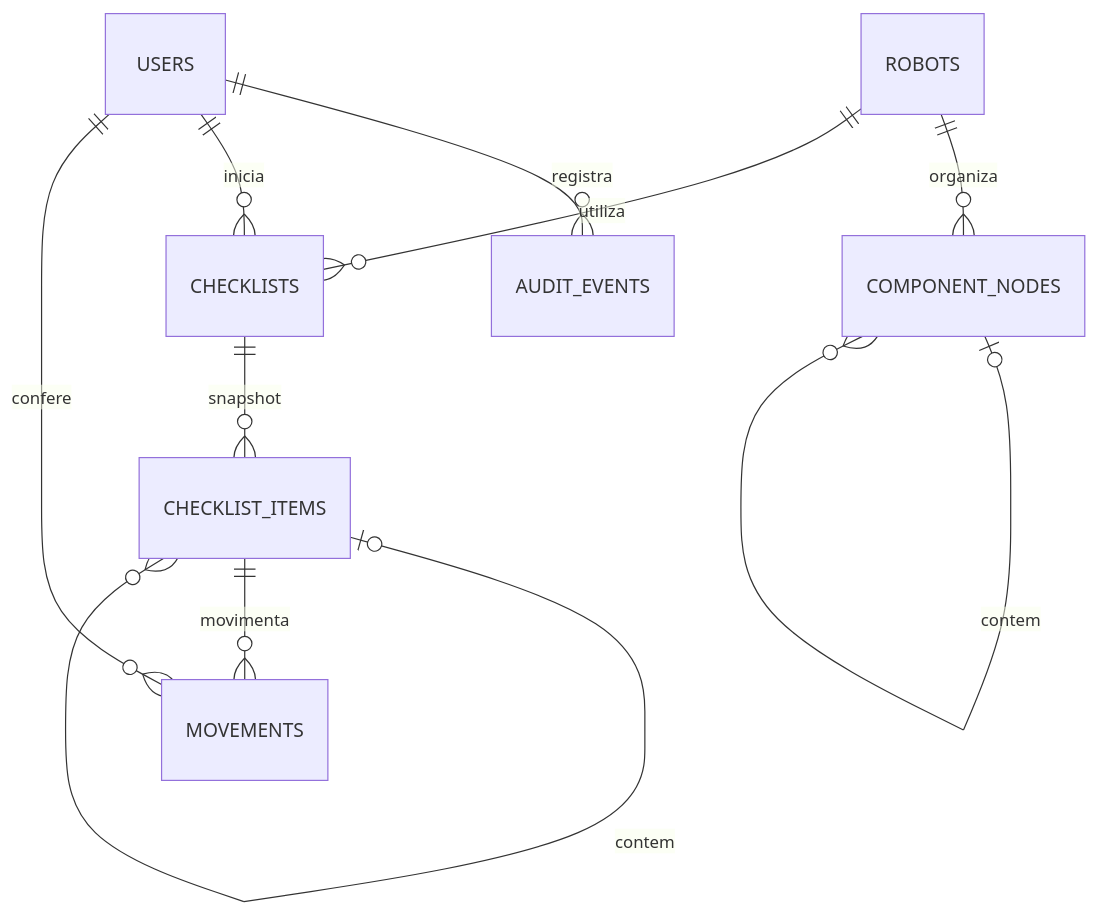
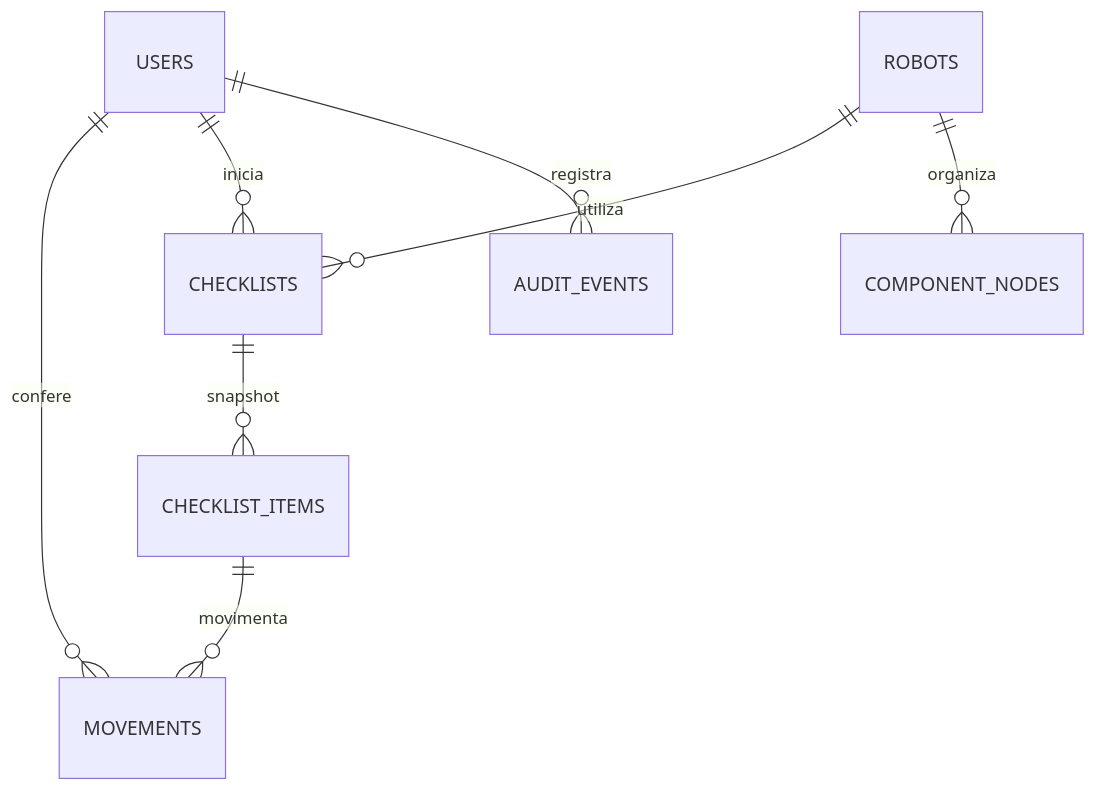
Before and after one commit to fidenciodev/roboparts: the diagram in docs/uso-e-modelo.md, drawn with Mermaid. The commit also changed other lines of this file and 15 other files, not shown here.

````diff
--- a/docs/uso-e-modelo.md
+++ b/docs/uso-e-modelo.md
@@ -65,12 +71,10 @@
 ```mermaid
 erDiagram
     USERS ||--o{ AUDIT_EVENTS : registra
     USERS ||--o{ CHECKLISTS : inicia
     ROBOTS ||--o{ COMPONENT_NODES : organiza
-    COMPONENT_NODES o|--o{ COMPONENT_NODES : contem
     ROBOTS ||--o{ CHECKLISTS : utiliza
     CHECKLISTS ||--o{ CHECKLIST_ITEMS : snapshot
-    CHECKLIST_ITEMS o|--o{ CHECKLIST_ITEMS : contem
     CHECKLIST_ITEMS ||--o{ MOVEMENTS : movimenta
     USERS ||--o{ MOVEMENTS : confere
 ```
````
